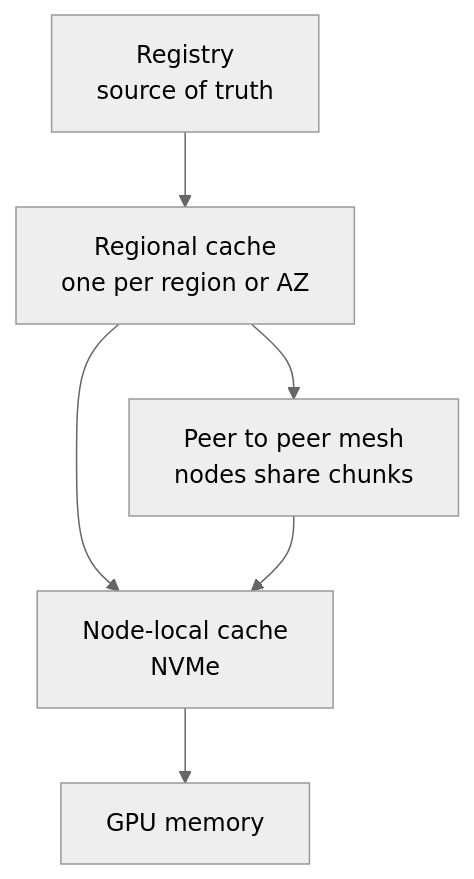
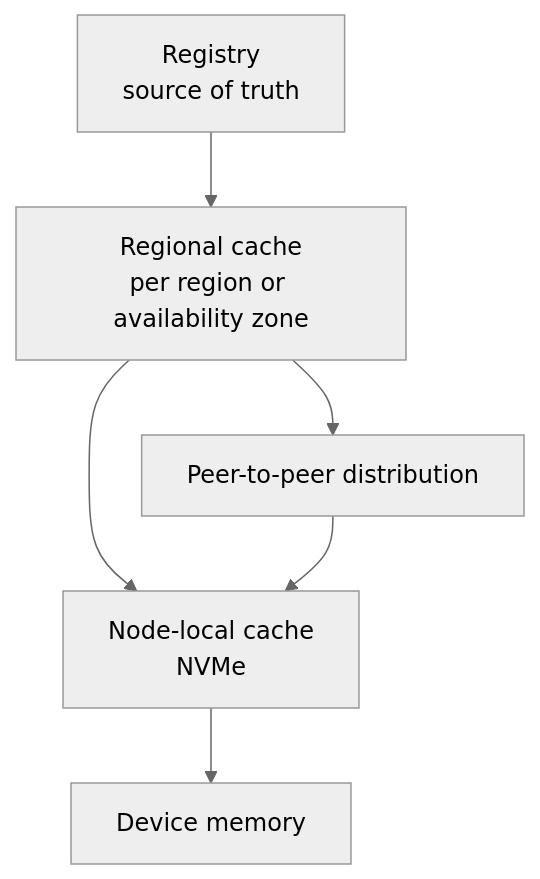
One commit to arpanpathak/cracking-the-systems-programming-interview changed the fifth of 5 diagrams in systems_design/04-serving-and-artifacts.md. Above: the diagram before and after it, drawn with Mermaid (neutral theme). The commit also changed other lines of this file and 6 other files, not shown here.

````diff
--- a/systems_design/04-serving-and-artifacts.md
+++ b/systems_design/04-serving-and-artifacts.md
@@ -110,8 +130,8 @@
 ```mermaid
 flowchart TB
-    REG["Registry<br/>source of truth"] --> RC["Regional cache<br/>one per region or AZ"]
+    REG["Registry<br/>source of truth"] --> RC["Regional cache<br/>per region or availability zone"]
     RC --> NC["Node-local cache<br/>NVMe"]
-    NC --> GPU["GPU memory"]
-    RC --> P2P["Peer to peer mesh<br/>nodes share chunks"]
+    NC --> DEV["Device memory"]
+    RC --> P2P["Peer-to-peer distribution"]
     P2P --> NC
 ```
````
